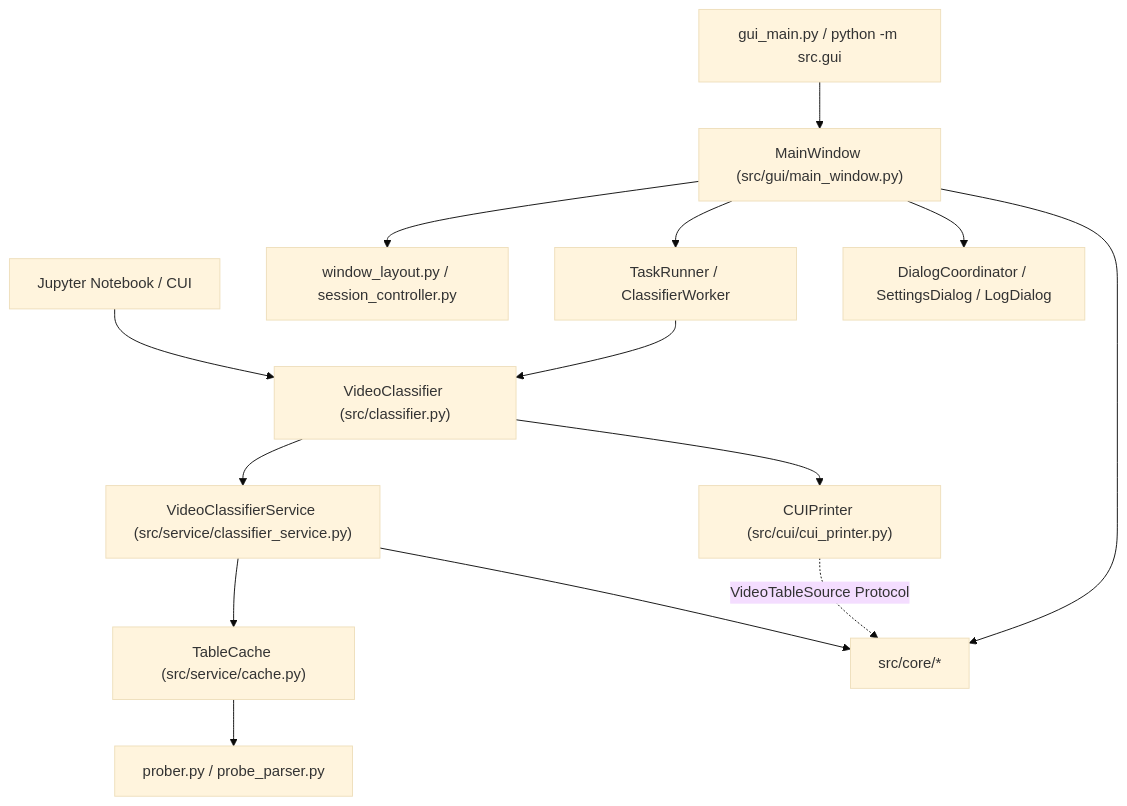
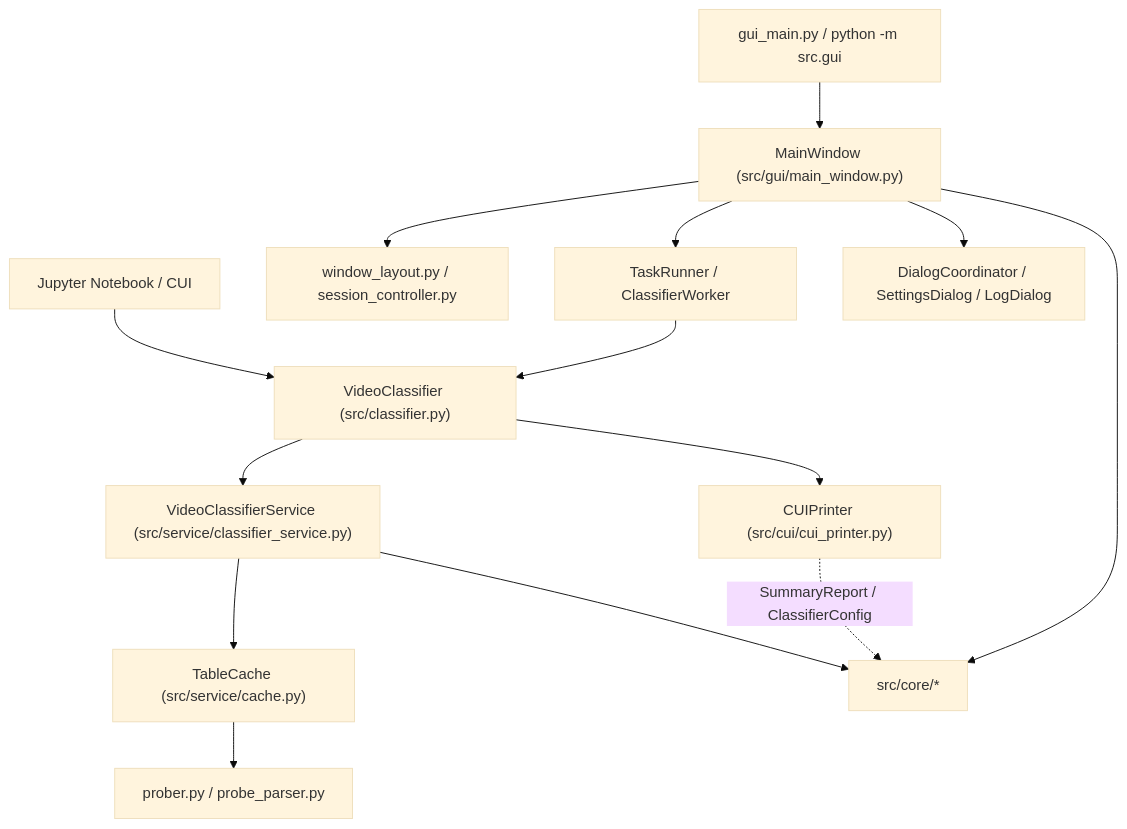
The first of 2 diagrams in ARCHITECTURE.md (signal1310/video_scripts), drawn with Mermaid (base theme) before and after one commit. The commit also changed other lines of this file and 2 other files, not shown here.

````diff
--- a/ARCHITECTURE.md
+++ b/ARCHITECTURE.md
@@ -20,20 +20,20 @@
 ```mermaid
 flowchart TD
     GUI_ENTRY["gui_main.py / python -m src.gui"] --> GUI_MW["MainWindow (src/gui/main_window.py)"]
     NB_ENTRY["Jupyter Notebook / CUI"] --> FACADE["VideoClassifier (src/classifier.py)"]
 
     GUI_MW --> LAYOUT["window_layout.py / session_controller.py"]
     GUI_MW --> TASK["TaskRunner / ClassifierWorker"]
     GUI_MW --> DIALOGS["DialogCoordinator / SettingsDialog / LogDialog"]
     TASK --> FACADE
 
     FACADE --> SERVICE["VideoClassifierService (src/service/classifier_service.py)"]
     FACADE --> CUI["CUIPrinter (src/cui/cui_printer.py)"]
 
     SERVICE --> CACHE["TableCache (src/service/cache.py)"]
     SERVICE --> CORE["src/core/*"]
     CACHE --> PROBER["prober.py / probe_parser.py"]
 
-    CUI -.->|"VideoTableSource Protocol"| CORE
+    CUI -.->|"SummaryReport / ClassifierConfig"| CORE
     GUI_MW --> CORE
 ```
````
